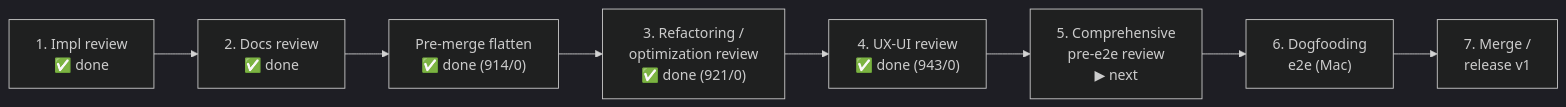
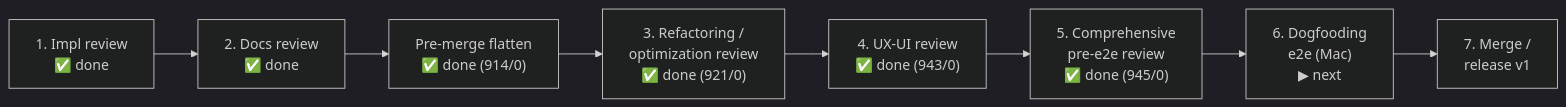
The diagram in docs/maintainers/roadmap.md (alergyonthestage/claude-orchestrator), drawn with Mermaid (dark theme) before and after one commit. The commit also changed other lines of this file, not shown here.

First line of the commit message:
docs(roadmap): mark pre-e2e review (step 5) done; next is dogfooding

````diff
--- a/docs/maintainers/roadmap.md
+++ b/docs/maintainers/roadmap.md
@@ -45,10 +44,10 @@
 ```mermaid
 flowchart LR
   A["1. Impl review<br/>✅ done"] --> B["2. Docs review<br/>✅ done"]
   B --> X["Pre-merge flatten<br/>✅ done (914/0)"]
   X --> C["3. Refactoring /<br/>optimization review<br/>✅ done (921/0)"]
   C --> D["4. UX-UI review<br/>✅ done (943/0)"]
-  D --> R["5. Comprehensive<br/>pre-e2e review<br/>▶ next"]
-  R --> E["6. Dogfooding<br/>e2e (Mac)"]
+  D --> R["5. Comprehensive<br/>pre-e2e review<br/>✅ done (945/0)"]
+  R --> E["6. Dogfooding<br/>e2e (Mac)<br/>▶ next"]
   E --> F["7. Merge /<br/>release v1"]
 ```
````
